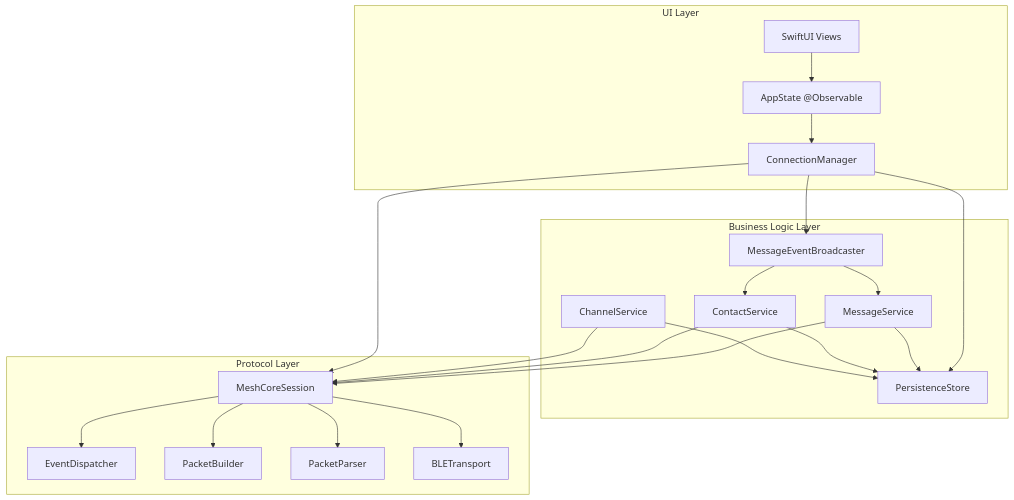
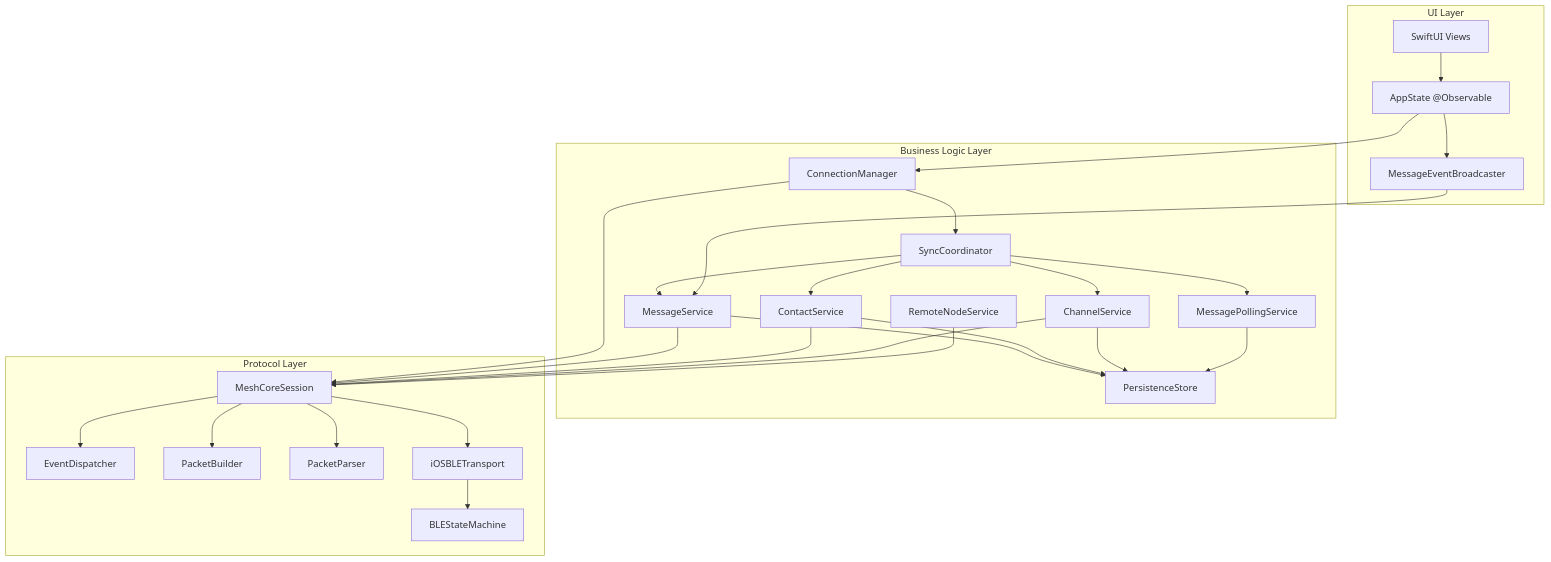
Before and after one commit to Avi0n/PocketMesh: the diagram in docs/Architecture.md, drawn with Mermaid. The commit also changed other lines of this file, not shown here.

Commit message:
docs: update Architecture.md with iOS 26, new components, and cross-references

````diff
--- a/docs/Architecture.md
+++ b/docs/Architecture.md
@@ -13,42 +20,52 @@
 ```mermaid
 graph TD
     subgraph PocketMesh [UI Layer]
         AppState[AppState @Observable]
         Views[SwiftUI Views]
-        CM[ConnectionManager]
+        MEB[MessageEventBroadcaster]
     end
 
     subgraph PocketMeshServices [Business Logic Layer]
+        CM[ConnectionManager]
+        SC[SyncCoordinator]
         MS[MessageService]
         CS[ContactService]
         CH[ChannelService]
+        RNS[RemoteNodeService]
         PS[PersistenceStore]
-        MEB[MessageEventBroadcaster]
+        MPS[MessagePollingService]
     end
 
     subgraph MeshCore [Protocol Layer]
         MCS[MeshCoreSession]
         ED[EventDispatcher]
         PB[PacketBuilder]
         PP[PacketParser]
-        BT[BLETransport]
+        BT[iOSBLETransport]
+        BSM[BLEStateMachine]
     end
 
     Views --> AppState
     AppState --> CM
-    CM --> MEB
-    CM --> PS
+    AppState --> MEB
+    CM --> SC
     CM --> MCS
+    SC --> MS
+    SC --> CS
+    SC --> CH
+    SC --> MPS
     MEB --> MS
-    MEB --> CS
     MS --> MCS
     CS --> MCS
     CH --> MCS
+    RNS --> MCS
     MCS --> ED
     MCS --> BT
     MCS --> PB
     MCS --> PP
+    BT --> BSM
     MS --> PS
     CS --> PS
     CH --> PS
+    MPS --> PS
 ```
````
